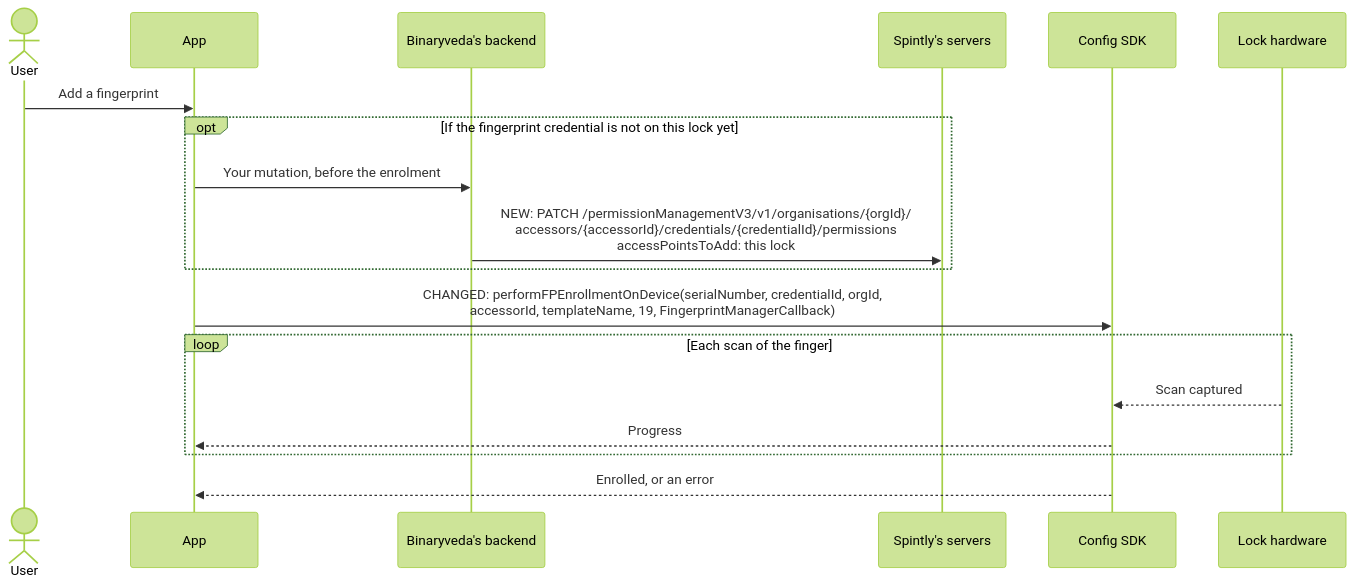
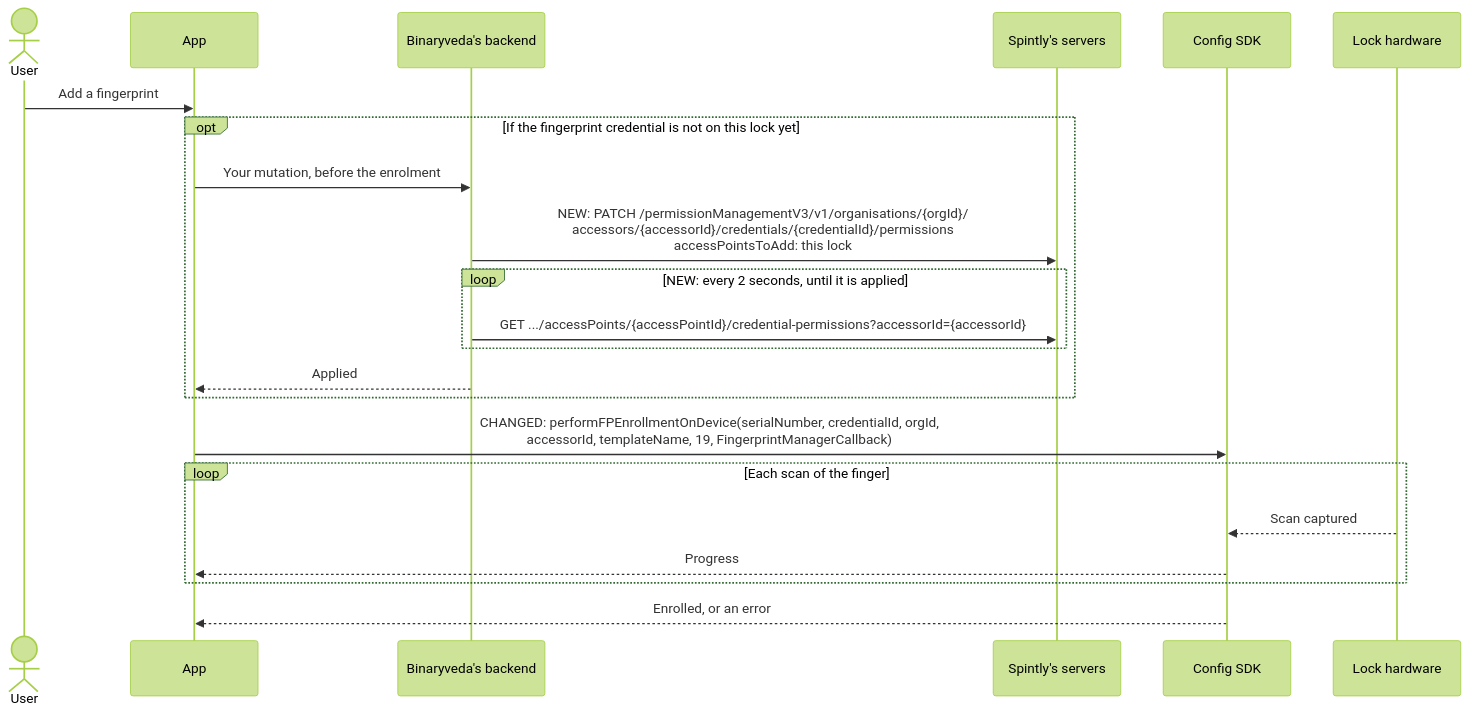
Before and after one commit to spintly-integrations-support/godrej-software-guide: the eighth of 9 diagrams in docs/lock-onboarding.md, drawn with Mermaid (forest theme). The commit also changed other lines of this file and 7 other files, not shown here.

````diff
--- a/docs/lock-onboarding.md
+++ b/docs/lock-onboarding.md
@@ -332,21 +343,25 @@
 ```mermaid
 sequenceDiagram
     actor U as User
     participant A as App
     participant B as Binaryveda's backend
     participant S as Spintly's servers
     participant C as Config SDK
     participant L as Lock hardware
 
     U->>A: Add a fingerprint
     opt If the fingerprint credential is not on this lock yet
         A->>B: Your mutation, before the enrolment
         B->>S: NEW: PATCH /permissionManagementV3/v1/organisations/{orgId}/<br/>accessors/{accessorId}/credentials/{credentialId}/permissions<br/>accessPointsToAdd: this lock
+        loop NEW: every 2 seconds, until it is applied
+            B->>S: GET .../accessPoints/{accessPointId}/credential-permissions?accessorId={accessorId}
+        end
+        B-->>A: Applied
     end
     A->>C: CHANGED: performFPEnrollmentOnDevice(serialNumber, credentialId, orgId,<br/>accessorId, templateName, 19, FingerprintManagerCallback)
     loop Each scan of the finger
         L-->>C: Scan captured
         C-->>A: Progress
     end
     C-->>A: Enrolled, or an error
 ```
````
